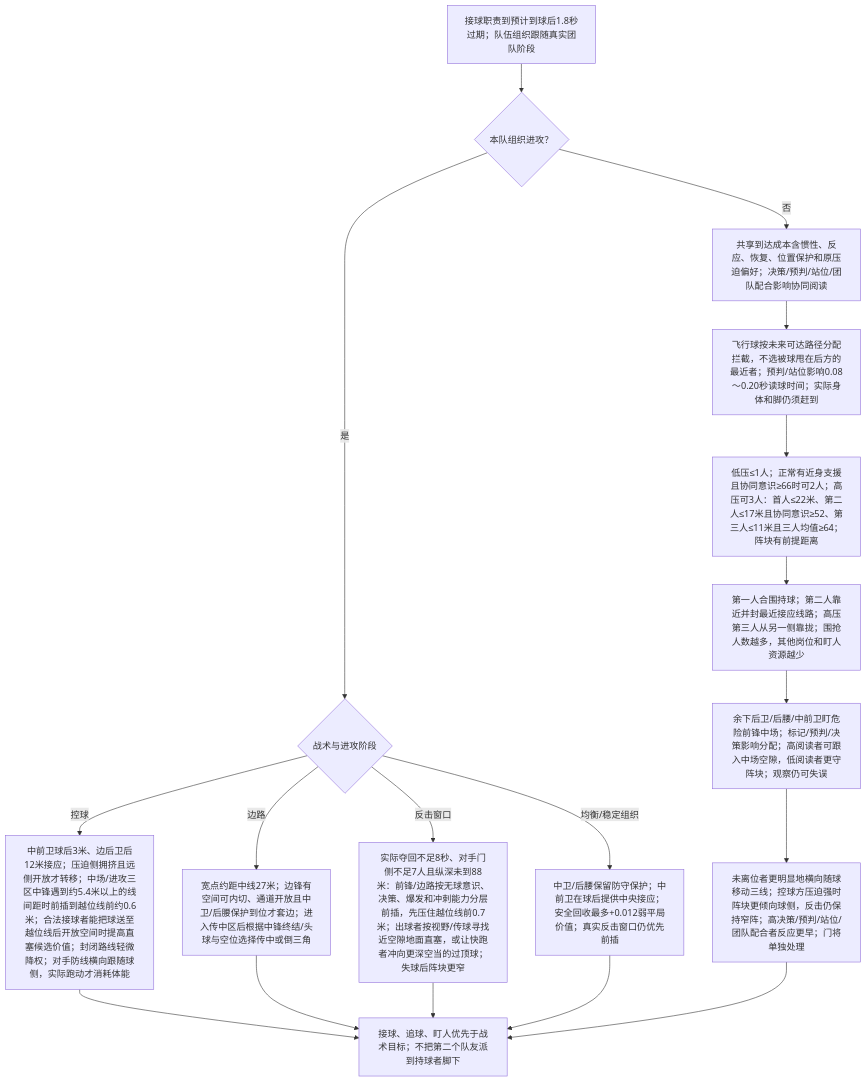
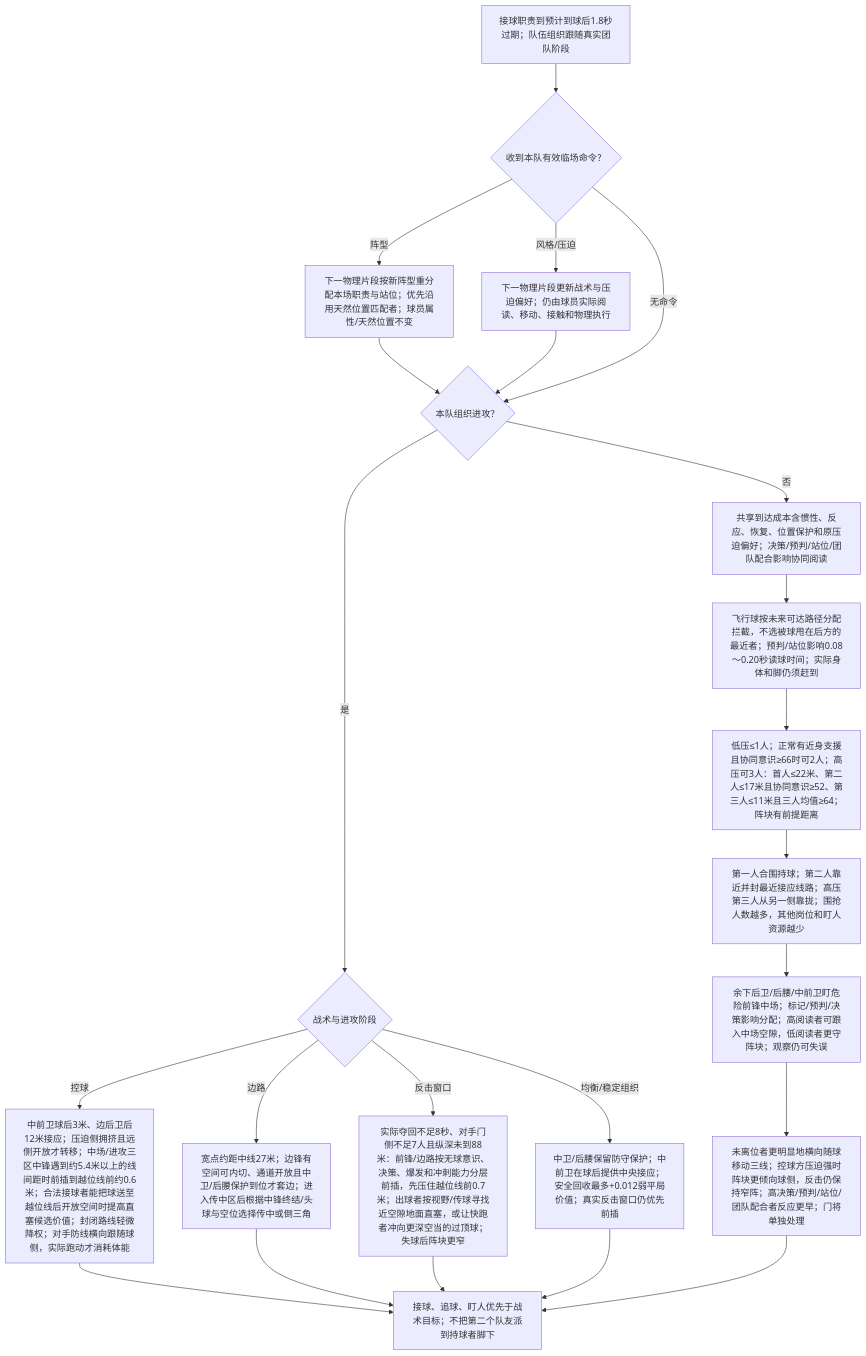
Before and after one commit to sixu3575/touchline-manager: the second of 7 diagrams in packages/shared/modules/matches/design/PLAYER_DECISION_MAP.md, drawn with Mermaid. The commit also changed other lines of this file and 65 other files, not shown here.

````diff
--- a/packages/shared/modules/matches/design/PLAYER_DECISION_MAP.md
+++ b/packages/shared/modules/matches/design/PLAYER_DECISION_MAP.md
@@ -49,20 +49,25 @@
 ```mermaid
 flowchart TD
-  R0["接球职责到预计到球后1.8秒过期；队伍组织跟随真实团队阶段"] --> R1{"本队组织进攻？"}
+  R0["接球职责到预计到球后1.8秒过期；队伍组织跟随真实团队阶段"] --> RMC{"收到本队有效临场命令？"}
+  RMC -->|阵型| RMF["下一物理片段按新阵型重分配本场职责与站位；优先沿用天然位置匹配者；球员属性/天然位置不变"]
+  RMF --> R1
+  RMC -->|风格/压迫| RMT["下一物理片段更新战术与压迫偏好；仍由球员实际阅读、移动、接触和物理执行"]
+  RMT --> R1
+  RMC -->|无命令| R1{"本队组织进攻？"}
   R1 -->|否| R2["共享到达成本含惯性、反应、恢复、位置保护和原压迫偏好；决策/预判/站位/团队配合影响协同阅读"]
   R2 --> RF["飞行球按未来可达路径分配拦截，不选被球甩在后方的最近者；预判/站位影响0.08～0.20秒读球时间；实际身体和脚仍须赶到"]
   RF --> R3["低压≤1人；正常有近身支援且协同意识≥66时可2人；高压可3人：首人≤22米、第二人≤17米且协同意识≥52、第三人≤11米且三人均值≥64；阵块有前提距离"]
   R3 --> RX["第一人合围持球；第二人靠近并封最近接应线路；高压第三人从另一侧靠拢；围抢人数越多，其他岗位和盯人资源越少"]
   RX --> R4["余下后卫/后腰/中前卫盯危险前锋中场；标记/预判/决策影响分配；高阅读者可跟入中场空隙，低阅读者更守阵块；观察仍可失误"]
   R4 --> R5["未离位者更明显地横向随球移动三线；控球方压迫强时阵块更倾向球侧，反击仍保持窄阵；高决策/预判/站位/团队配合者反应更早；门将单独处理"]
   R1 -->|是| R6{"战术与进攻阶段"}
   R6 -->|控球| RP["中前卫球后3米、边后卫后12米接应；压迫侧拥挤且远侧开放才转移；中场/进攻三区中锋遇到约5.4米以上的线间距时前插到越位线前约0.6米；合法接球者能把球送至越位线后开放空间时提高直塞候选价值；封闭路线轻微降权；对手防线横向跟随球侧，实际跑动才消耗体能"]
   R6 -->|边路| RW["宽点约距中线27米；边锋有空间可内切、通道开放且中卫/后腰保护到位才套边；进入传中区后根据中锋终结/头球与空位选择传中或倒三角"]
   R6 -->|反击窗口| RC["实际夺回不足8秒、对手门侧不足7人且纵深未到88米：前锋/边路按无球意识、决策、爆发和冲刺能力分层前插，先压住越位线前0.7米；出球者按视野/传球寻找近空隙地面直塞，或让快跑者冲向更深空当的过顶球；失球后阵块更窄"]
   R6 -->|均衡/稳定组织| RB["中卫/后腰保留防守保护；中前卫在球后提供中央接应；安全回收最多+0.012弱平局价值；真实反击窗口仍优先前插"]
   RP --> R7["接球、追球、盯人优先于战术目标；不把第二个队友派到持球者脚下"]
   RW --> R7
   RC --> R7
   RB --> R7
   R5 --> R7
 ```
````
